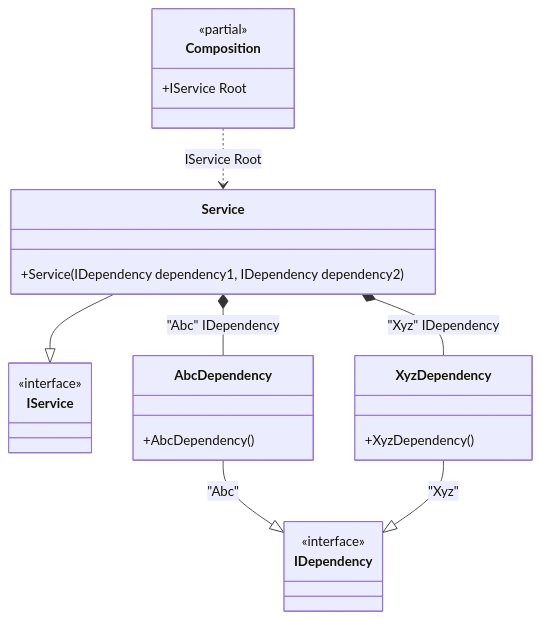
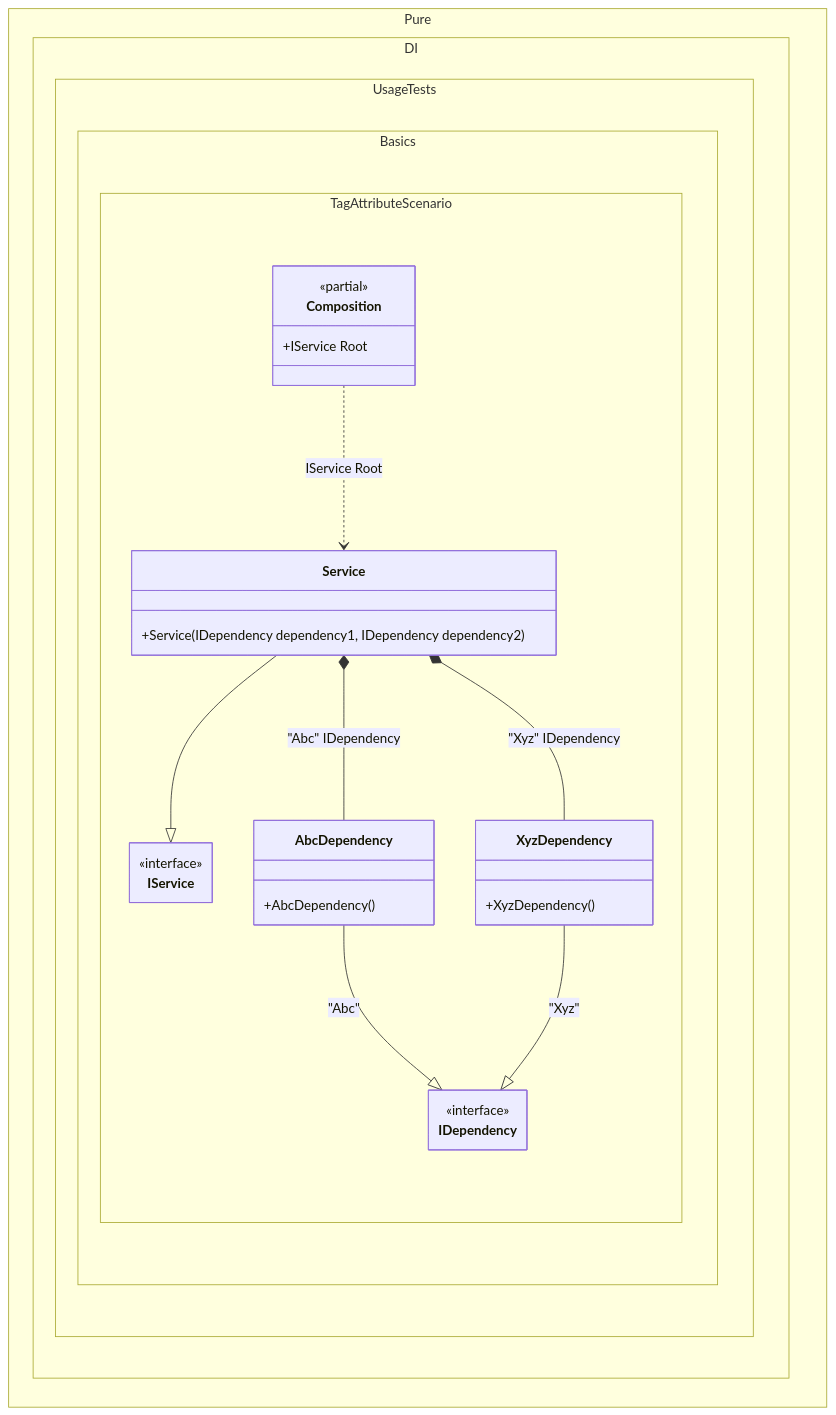
Before and after one commit to DevTeam/Pure.DI: the diagram in readme/tag-attribute.md, drawn with Mermaid. The commit also changed 103 other files, not shown here.

Commit message:
Improved class diagrams

````diff
--- a/readme/tag-attribute.md
+++ b/readme/tag-attribute.md
@@ -81,28 +81,35 @@
 ```mermaid
+---
+ config:
+  class:
+   hideEmptyMembersBox: true
+---
 classDiagram
-	class Composition {
-		<<partial>>
-		+IService Root
-	}
 	Service --|> IService
-	class Service {
-		+Service(IDependency dependency1, IDependency dependency2)
-	}
 	AbcDependency --|> IDependency : "Abc" 
-	class AbcDependency {
-		+AbcDependency()
-	}
 	XyzDependency --|> IDependency : "Xyz" 
-	class XyzDependency {
-		+XyzDependency()
-	}
-	class IService {
-		<<interface>>
-	}
-	class IDependency {
-		<<interface>>
-	}
 	Composition ..> Service : IService Root
 	Service *--  AbcDependency : "Abc"  IDependency
 	Service *--  XyzDependency : "Xyz"  IDependency
+	namespace Pure.DI.UsageTests.Basics.TagAttributeScenario {
+		class AbcDependency {
+			+AbcDependency()
+		}
+		class Composition {
+		<<partial>>
+		+IService Root
+		}
+		class IDependency {
+			<<interface>>
+		}
+		class IService {
+			<<interface>>
+		}
+		class Service {
+			+Service(IDependency dependency1, IDependency dependency2)
+		}
+		class XyzDependency {
+			+XyzDependency()
+		}
+	}
 ```
````
